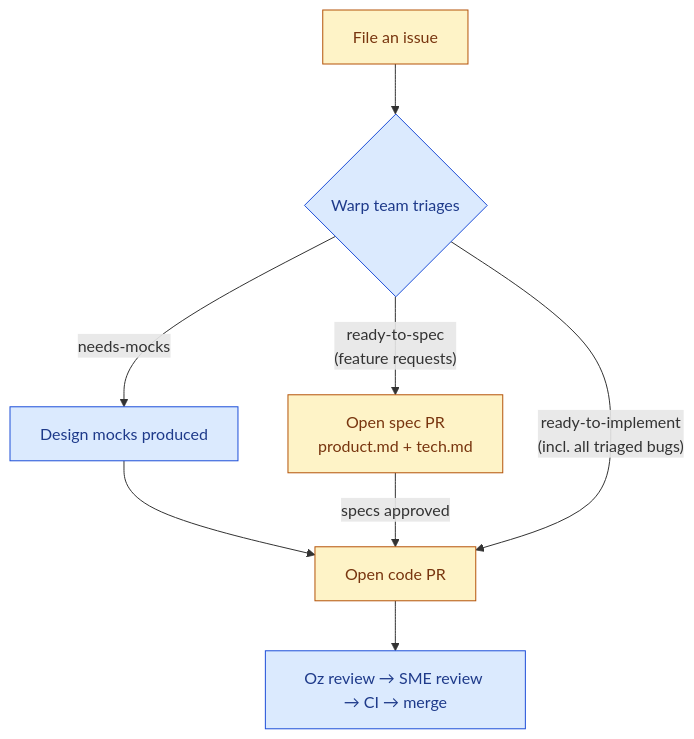
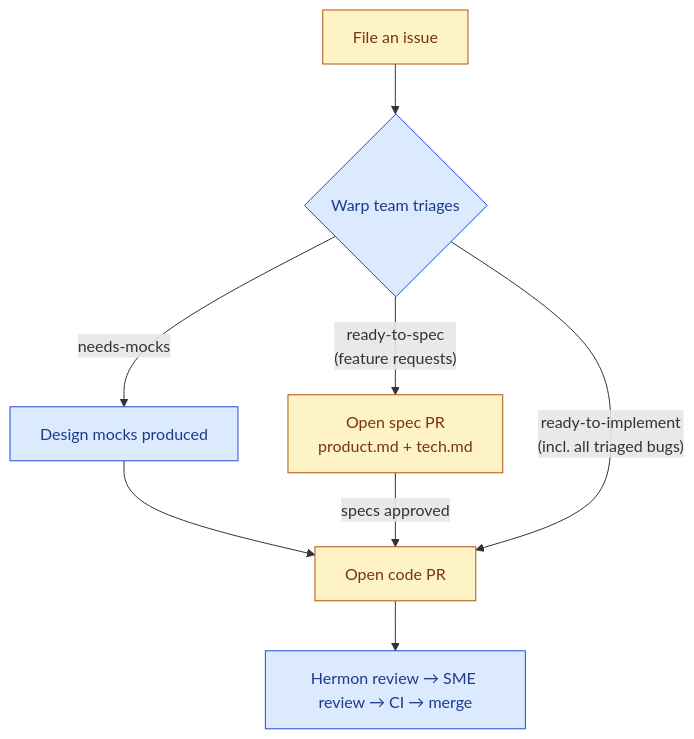
Before and after one commit to hermonai/wish: the diagram in CONTRIBUTING.md, drawn with Mermaid. The commit also changed other lines of this file and 180 other files, not shown here.

````diff
--- a/CONTRIBUTING.md
+++ b/CONTRIBUTING.md
@@ -40,15 +40,15 @@
 ```mermaid
 flowchart TD
     A[File an issue] --> B{Warp team triages}
     B -- ready-to-spec<br/>(feature requests) --> C[Open spec PR<br/>product.md + tech.md]
     B -- needs-mocks --> D[Design mocks produced]
     D --> E[Open code PR]
     C -- specs approved --> E
     B -- ready-to-implement<br/>(incl. all triaged bugs) --> E
-    E --> F[Oz review → SME review → CI → merge]
+    E --> F[Hermon review → SME review → CI → merge]
 
     classDef contributor fill:#fef3c7,stroke:#b45309,color:#78350f;
     classDef warpTeam fill:#dbeafe,stroke:#1d4ed8,color:#1e3a8a;
     class A,C,E contributor;
     class B,D,F warpTeam;
 ```
````
